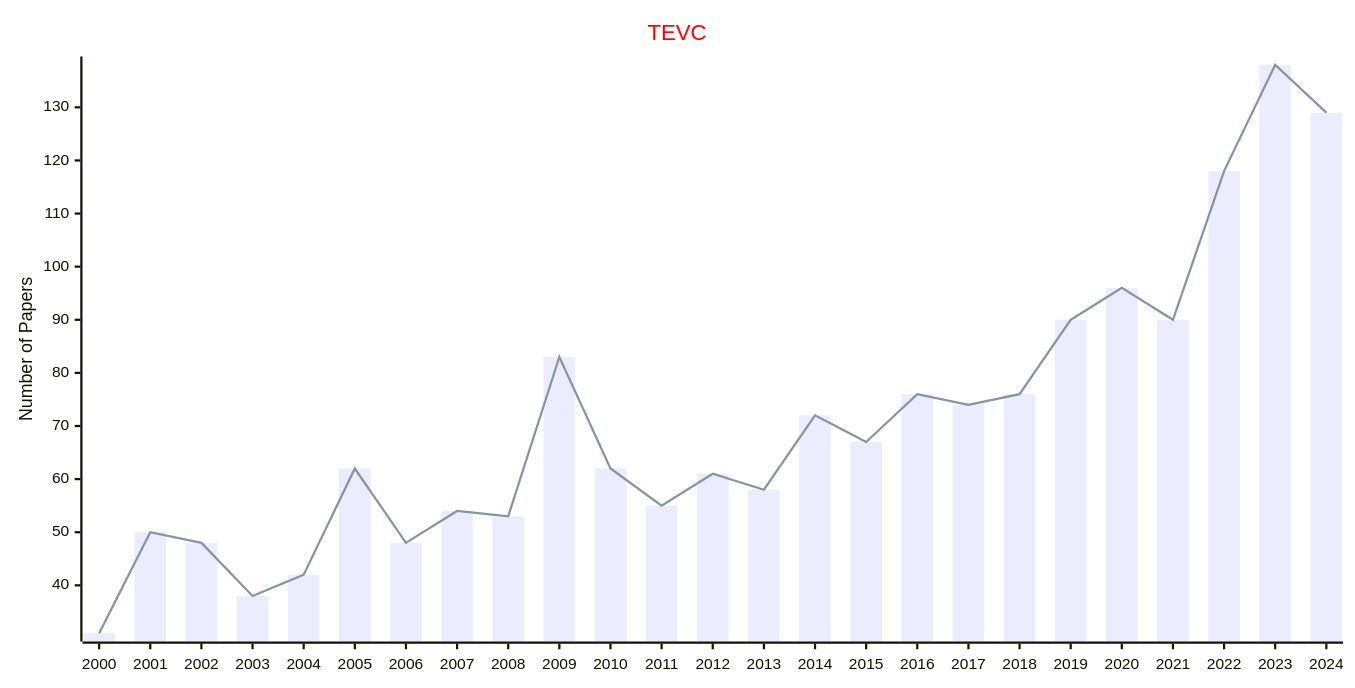
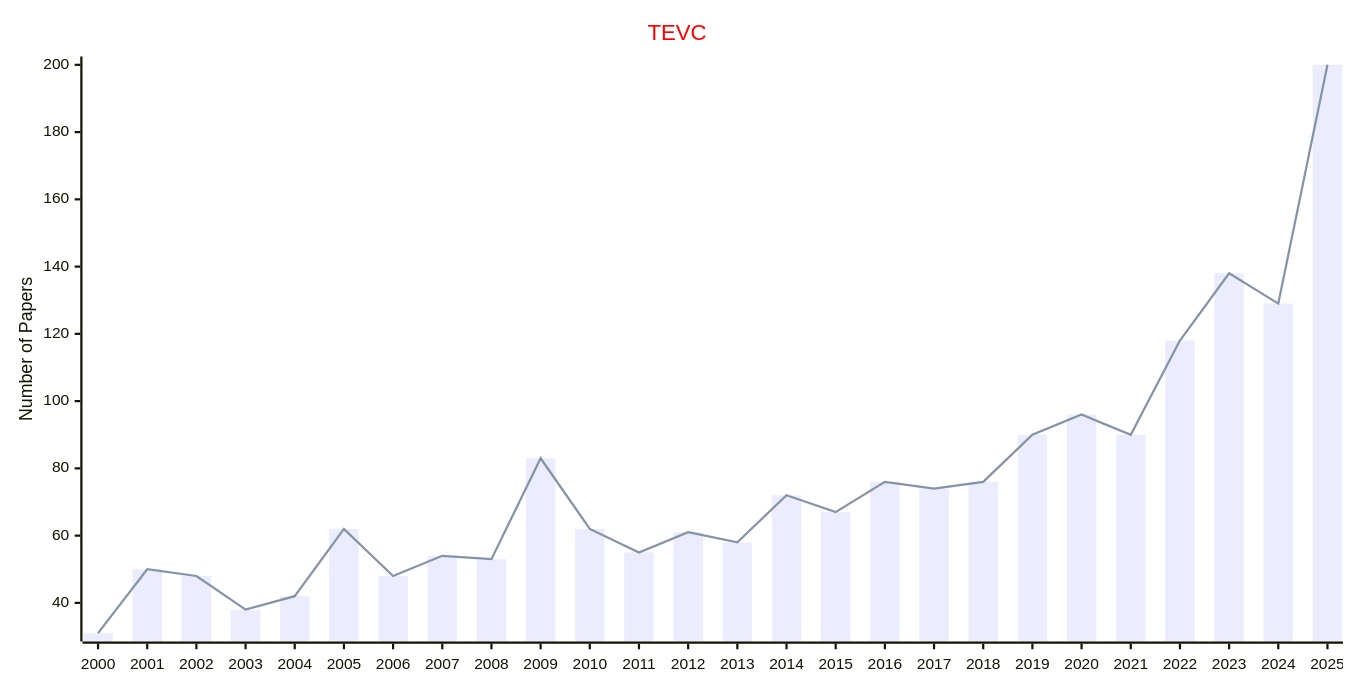
One commit to Easy-PhD/AILinks changed the fifth of 15 diagrams in docs/data/Journals/Statistics_Journals/Evolutionary_Computation.md. Above: the diagram before and after it, drawn with Mermaid. The commit also changed other lines of this file and 107 other files, not shown here.

````diff
--- a/docs/data/Journals/Statistics_Journals/Evolutionary_Computation.md
+++ b/docs/data/Journals/Statistics_Journals/Evolutionary_Computation.md
@@ -105,17 +105,17 @@
 ```mermaid
 ---
 config:
     xyChart:
         width: 1200
         height: 600
     themeVariables:
         xyChart:
             titleColor: "#ff0000"
 ---
 xychart-beta
     title "TEVC"
-    x-axis [2000, 2001, 2002, 2003, 2004, 2005, 2006, 2007, 2008, 2009, 2010, 2011, 2012, 2013, 2014, 2015, 2016, 2017, 2018, 2019, 2020, 2021, 2022, 2023, 2024]
+    x-axis [2000, 2001, 2002, 2003, 2004, 2005, 2006, 2007, 2008, 2009, 2010, 2011, 2012, 2013, 2014, 2015, 2016, 2017, 2018, 2019, 2020, 2021, 2022, 2023, 2024, 2025]
     y-axis "Number of Papers"
-    bar [31, 50, 48, 38, 42, 62, 48, 54, 53, 83, 62, 55, 61, 58, 72, 67, 76, 74, 76, 90, 96, 90, 118, 138, 129]
-    line [31, 50, 48, 38, 42, 62, 48, 54, 53, 83, 62, 55, 61, 58, 72, 67, 76, 74, 76, 90, 96, 90, 118, 138, 129]
+    bar [31, 50, 48, 38, 42, 62, 48, 54, 53, 83, 62, 55, 61, 58, 72, 67, 76, 74, 76, 90, 96, 90, 118, 138, 129, 200]
+    line [31, 50, 48, 38, 42, 62, 48, 54, 53, 83, 62, 55, 61, 58, 72, 67, 76, 74, 76, 90, 96, 90, 118, 138, 129, 200]
 ```
````
